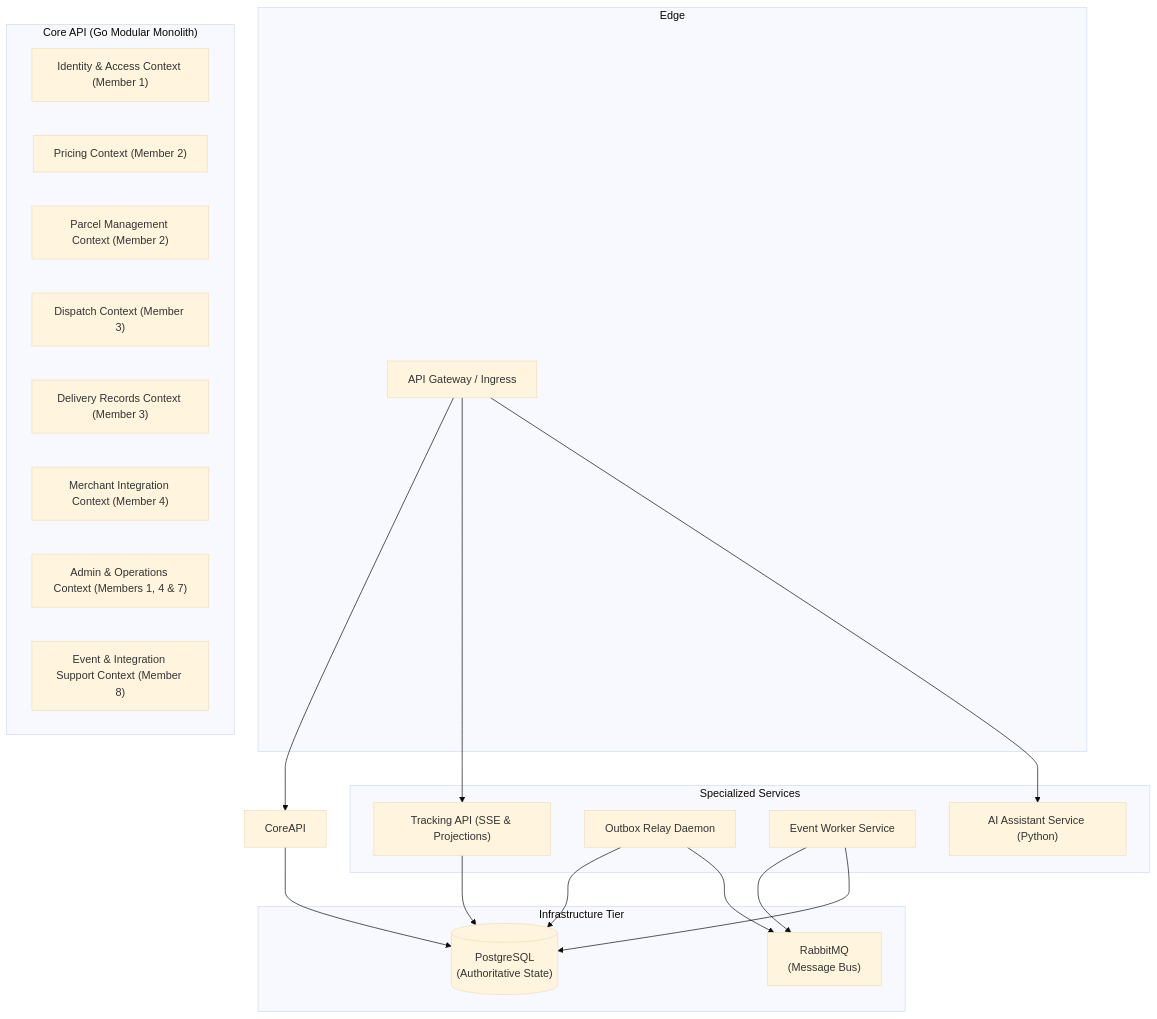
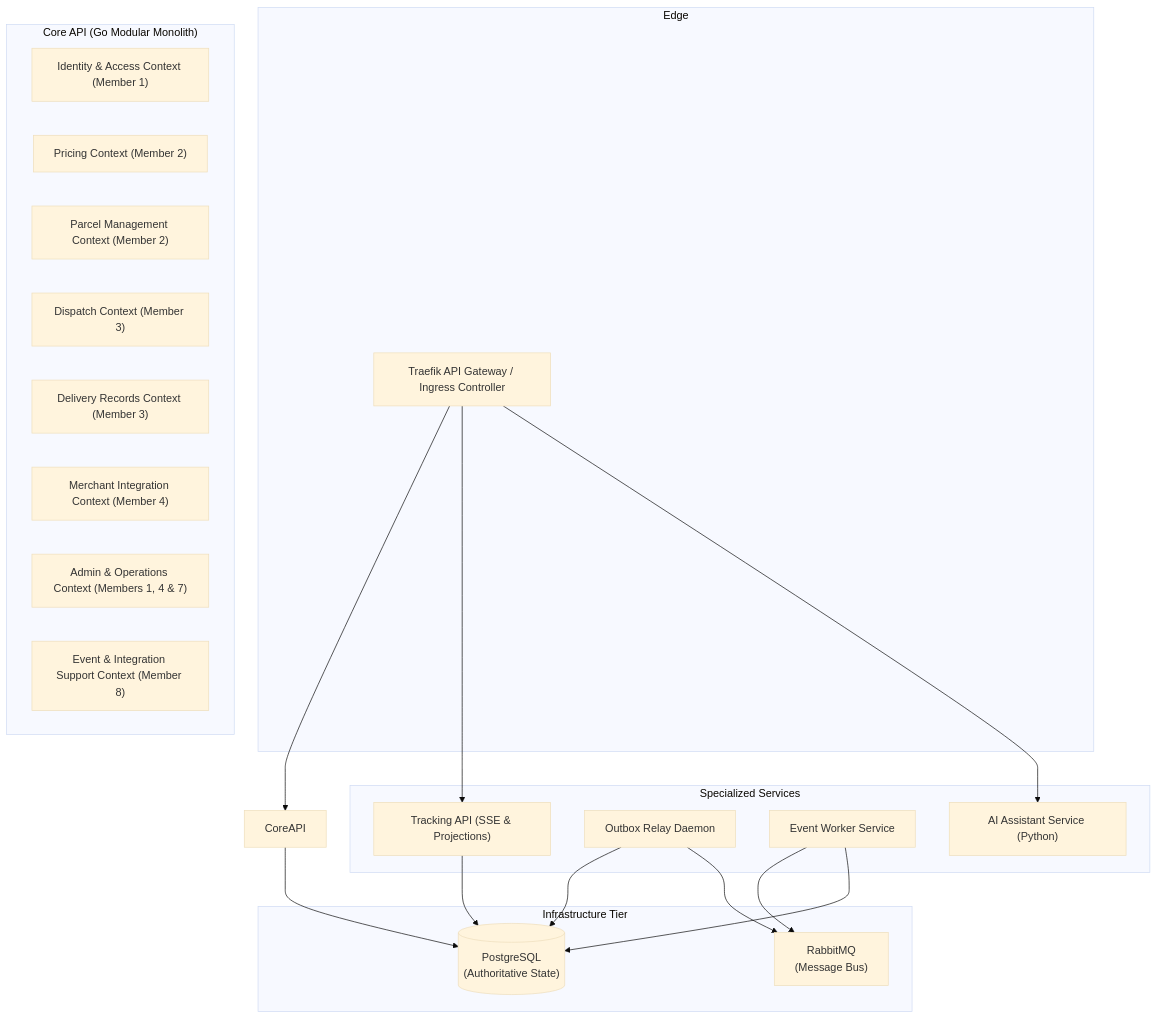
One commit to Prashani-beep/SwiftDrop changed the first of 2 diagrams in docs/architecture/domain-boundaries.md. Above: the diagram before and after it, drawn with Mermaid (base theme). The commit also changed other lines of this file and 13 other files, not shown here.

First line of the commit message:
feat(gateway): adopt Traefik as unified edge ingress and API gateway

````diff
--- a/docs/architecture/domain-boundaries.md
+++ b/docs/architecture/domain-boundaries.md
@@ -19,40 +19,40 @@
 ```mermaid
 graph TD
     subgraph Edge
-        GW["API Gateway / Ingress"]
+        GW["Traefik API Gateway / Ingress Controller"]
     end
 
     subgraph "Core API (Go Modular Monolith)"
         IAM["Identity & Access Context (Member 1)"]
         PRC["Pricing Context (Member 2)"]
         PAR["Parcel Management Context (Member 2)"]
         DSP["Dispatch Context (Member 3)"]
         DEL["Delivery Records Context (Member 3)"]
         MRC["Merchant Integration Context (Member 4)"]
         ADM["Admin & Operations Context (Members 1, 4 & 7)"]
         EVT["Event & Integration Support Context (Member 8)"]
     end
 
     subgraph "Specialized Services"
         TRK["Tracking API (SSE & Projections)"]
         OBR["Outbox Relay Daemon"]
         WKR["Event Worker Service"]
         AIA["AI Assistant Service (Python)"]
     end
 
     subgraph "Infrastructure Tier"
         PG[("PostgreSQL\n(Authoritative State)")]
         MQ["RabbitMQ\n(Message Bus)"]
     end
 
     GW --> CoreAPI
     GW --> TRK
     GW --> AIA
 
     CoreAPI --> PG
     OBR --> PG
     OBR --> MQ
     WKR --> MQ
     WKR --> PG
     TRK --> PG
 ```
````
